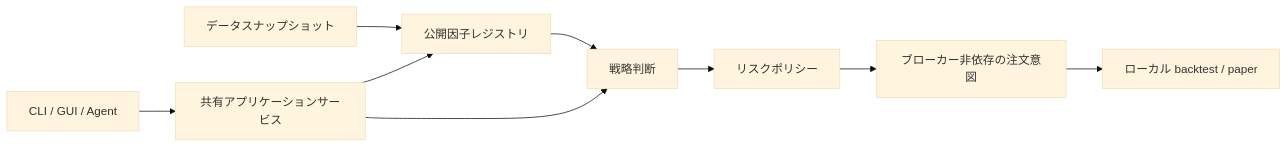
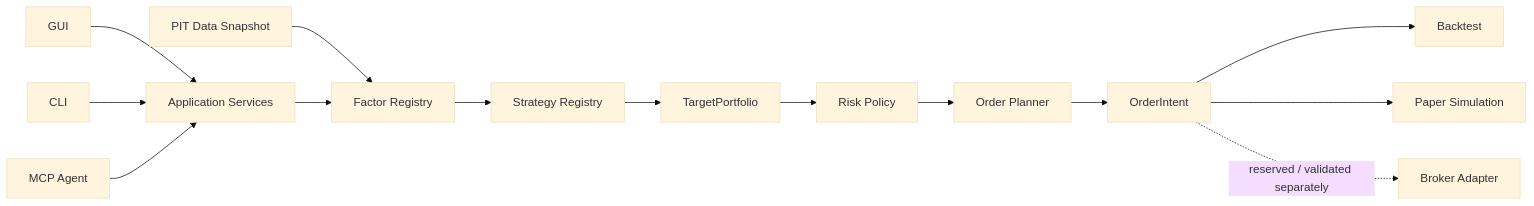
One commit to Siyuan-chat/KabuForge changed the diagram in README.ja_JP.md. Above: the diagram before and after it, drawn with Mermaid (base theme). The commit also changed other lines of this file, not shown here.

````diff
--- a/README.ja_JP.md
+++ b/README.ja_JP.md
@@ -15,11 +42,18 @@
 ```mermaid
 flowchart LR
-  Data[データスナップショット] --> Factors[公開因子レジストリ]
-  Factors --> Strategy[戦略判断]
-  Strategy --> Risk[リスクポリシー]
-  Risk --> Plan[ブローカー非依存の注文意図]
-  Plan --> Simulation[ローカル backtest / paper]
-  CLI[CLI / GUI / Agent] --> Services[共有アプリケーションサービス]
-  Services --> Factors
-  Services --> Strategy
+  GUI[GUI] --> App[Application Services]
+  CLI[CLI] --> App
+  MCP[MCP Agent] --> App
+
+  Data[PIT Data Snapshot] --> Factor[Factor Registry]
+  App --> Factor
+  Factor --> Strategy[Strategy Registry]
+  Strategy --> Target[TargetPortfolio]
+  Target --> Risk[Risk Policy]
+  Risk --> Planner[Order Planner]
+  Planner --> Intent[OrderIntent]
+
+  Intent --> Backtest[Backtest]
+  Intent --> Paper[Paper Simulation]
+  Intent -. reserved / validated separately .-> Broker[Broker Adapter]
 ```
````
